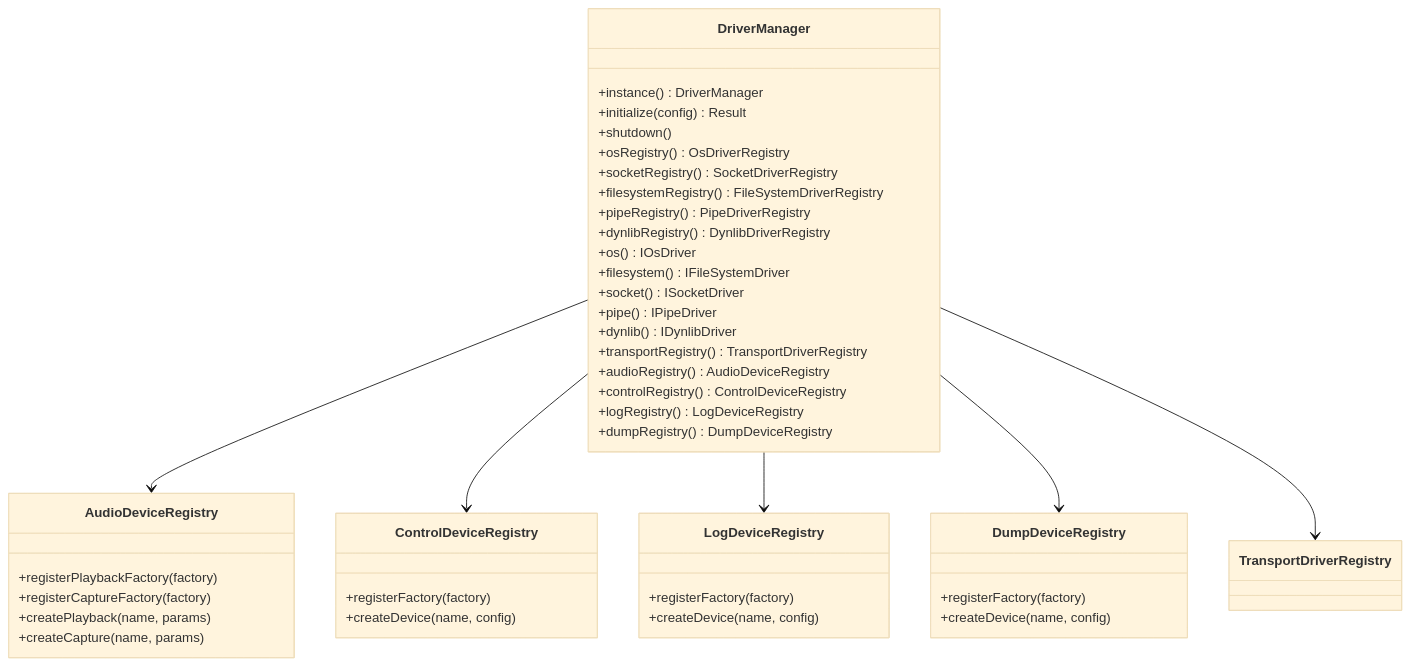
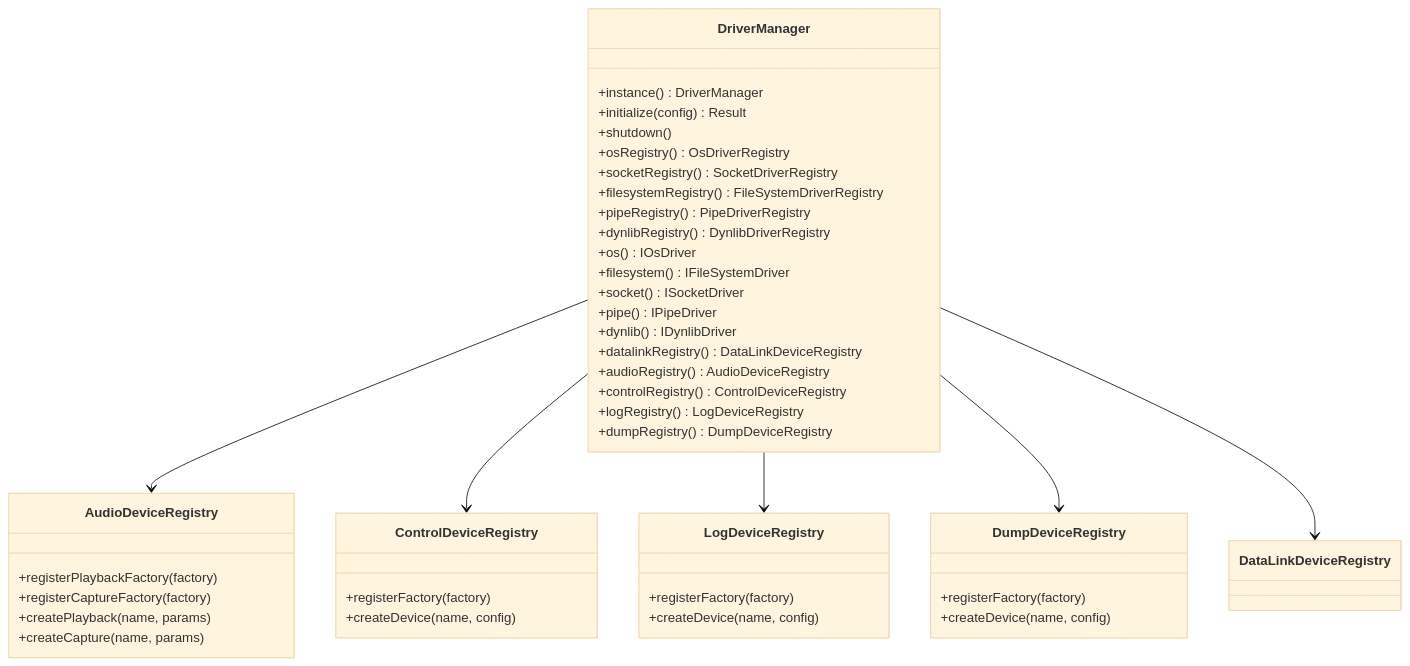
The seventh of 15 diagrams in docs/audio_studio_framework_design.md (handsomeleeshu/Audio-Studio), drawn with Mermaid (base theme) before and after one commit. The commit also changed other lines of this file and 52 other files, not shown here.

````diff
--- a/docs/audio_studio_framework_design.md
+++ b/docs/audio_studio_framework_design.md
@@ -2292,51 +2292,51 @@
 ```mermaid
 classDiagram
   class DriverManager {
     +instance() DriverManager
     +initialize(config) Result
     +shutdown()
     +osRegistry() OsDriverRegistry
     +socketRegistry() SocketDriverRegistry
     +filesystemRegistry() FileSystemDriverRegistry
     +pipeRegistry() PipeDriverRegistry
     +dynlibRegistry() DynlibDriverRegistry
     +os() IOsDriver
     +filesystem() IFileSystemDriver
     +socket() ISocketDriver
     +pipe() IPipeDriver
     +dynlib() IDynlibDriver
-    +transportRegistry() TransportDriverRegistry
+    +datalinkRegistry() DataLinkDeviceRegistry
     +audioRegistry() AudioDeviceRegistry
     +controlRegistry() ControlDeviceRegistry
     +logRegistry() LogDeviceRegistry
     +dumpRegistry() DumpDeviceRegistry
   }
 
   class AudioDeviceRegistry {
     +registerPlaybackFactory(factory)
     +registerCaptureFactory(factory)
     +createPlayback(name, params)
     +createCapture(name, params)
   }
 
   class ControlDeviceRegistry {
     +registerFactory(factory)
     +createDevice(name, config)
   }
 
   class LogDeviceRegistry {
     +registerFactory(factory)
     +createDevice(name, config)
   }
 
   class DumpDeviceRegistry {
     +registerFactory(factory)
     +createDevice(name, config)
   }
 
   DriverManager --> AudioDeviceRegistry
   DriverManager --> ControlDeviceRegistry
   DriverManager --> LogDeviceRegistry
   DriverManager --> DumpDeviceRegistry
-  DriverManager --> TransportDriverRegistry
+  DriverManager --> DataLinkDeviceRegistry
 ```
````
